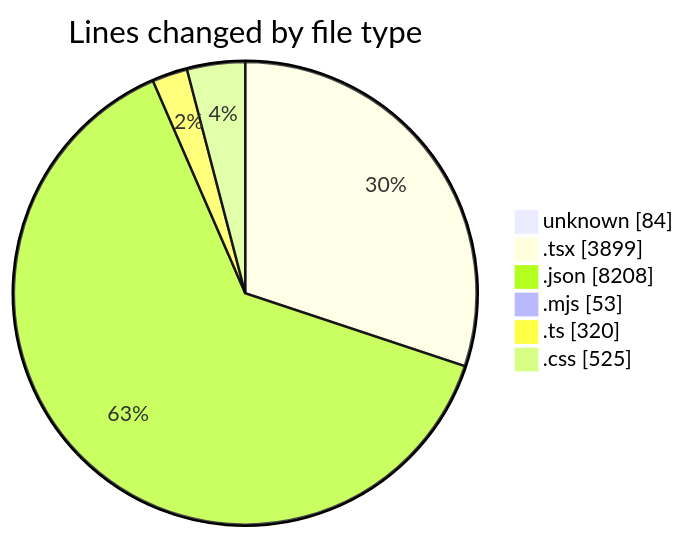
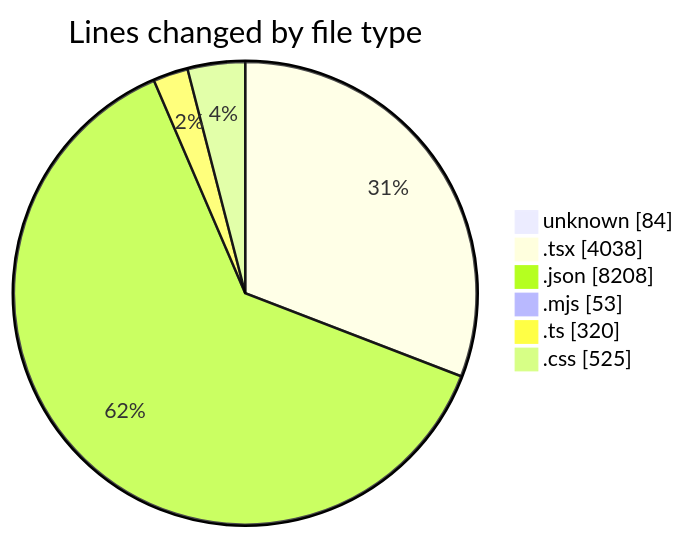
The first of 2 diagrams in 2025-05-15/niten/README.md (Elitesun/code-tracking), drawn with Mermaid before and after one commit. The commit also changed other lines of this file and 1 other file, not shown here.

````diff
--- a/2025-05-15/niten/README.md
+++ b/2025-05-15/niten/README.md
@@ -45,10 +46,10 @@
 ```mermaid
 pie showData
 title Lines changed by file type
 "unknown" : 84
-".tsx" : 3899
+".tsx" : 4038
 ".json" : 8208
 ".mjs" : 53
 ".ts" : 320
 ".css" : 525
 ```
````
